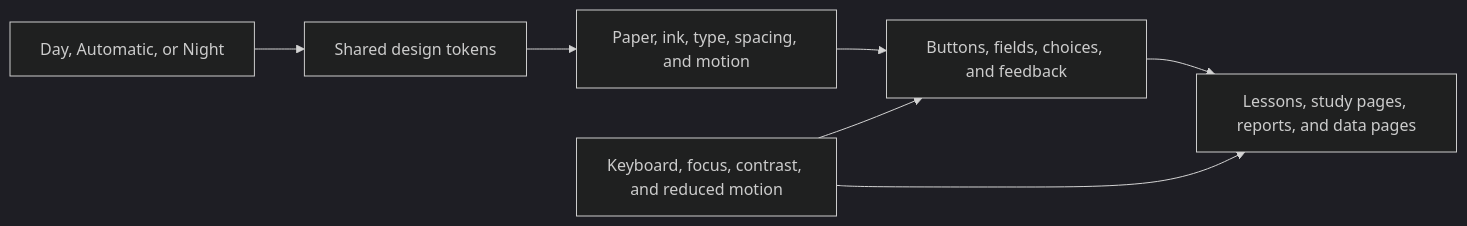
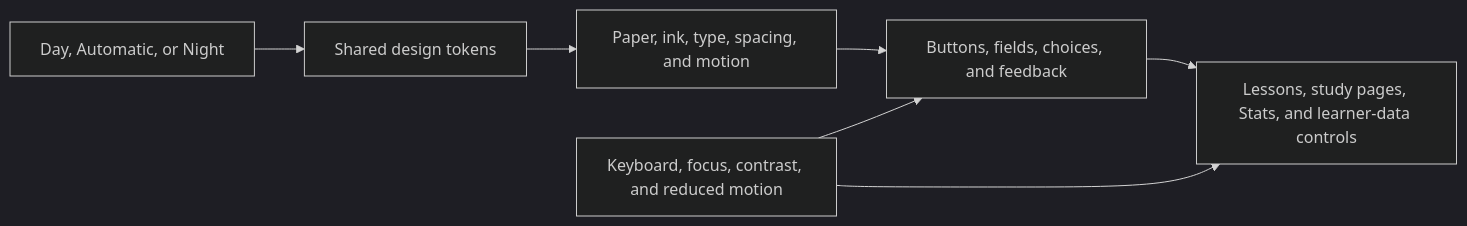
The fifth of 5 diagrams in README.md (KhosroPakmanesh/sisu-steps), drawn with Mermaid (dark theme) before and after one commit. The commit also changed other lines of this file and 174 other files, not shown here.

````diff
--- a/README.md
+++ b/README.md
@@ -143,9 +143,9 @@
 ```mermaid
 flowchart LR
   Appearance["Day, Automatic, or Night"] --> Tokens["Shared design tokens"]
   Tokens --> Foundation["Paper, ink, type, spacing, and motion"]
   Foundation --> Controls["Buttons, fields, choices, and feedback"]
-  Controls --> Pages["Lessons, study pages, reports, and data pages"]
+  Controls --> Pages["Lessons, study pages, Stats, and learner-data controls"]
   Accessibility["Keyboard, focus, contrast, and reduced motion"] --> Controls
   Accessibility --> Pages
 ```
````
